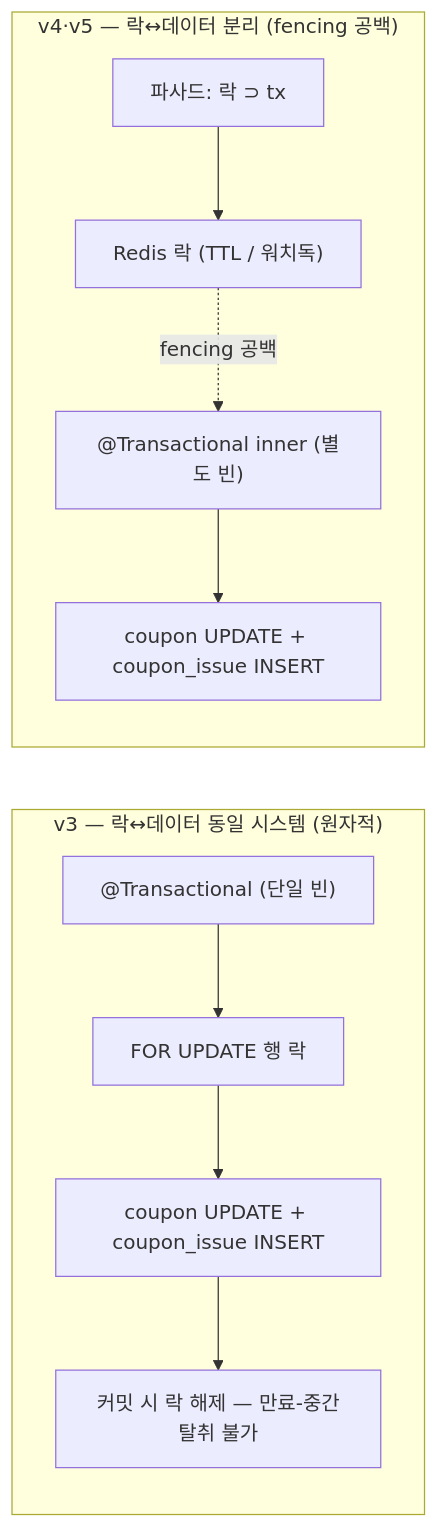
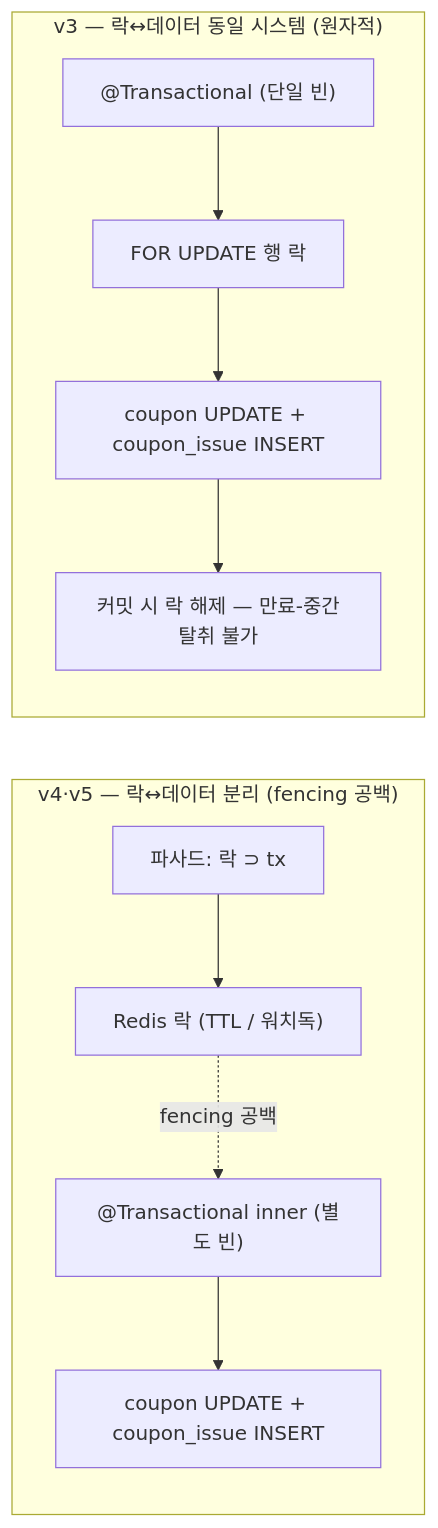
One commit to data-sy/high-traffic-performance-tuning changed the third of 3 diagrams in docs/reports/phase3-3-concurrency-lock.md. Above: the diagram before and after it, drawn with Mermaid. The commit also changed other lines of this file, not shown here.

````diff
--- a/docs/reports/phase3-3-concurrency-lock.md
+++ b/docs/reports/phase3-3-concurrency-lock.md
@@ -230,17 +239,18 @@
 ```mermaid
-flowchart LR
+flowchart TB
     subgraph V3["v3 — 락↔데이터 동일 시스템 (원자적)"]
         direction TB
         T3["@Transactional (단일 빈)"]
         T3 --> L3["FOR UPDATE 행 락"]
         L3 --> D3["coupon UPDATE + coupon_issue INSERT"]
         D3 --> C3["커밋 시 락 해제 — 만료-중간탈취 불가"]
     end
     subgraph V45["v4·v5 — 락↔데이터 분리 (fencing 공백)"]
         direction TB
         F45["파사드: 락 ⊃ tx"]
         F45 --> LR45["Redis 락 (TTL / 워치독)"]
         LR45 -. "fencing 공백" .-> TX45["@Transactional inner (별도 빈)"]
         TX45 --> DB45["coupon UPDATE + coupon_issue INSERT"]
     end
+    V3 ~~~ V45
 ```
````
